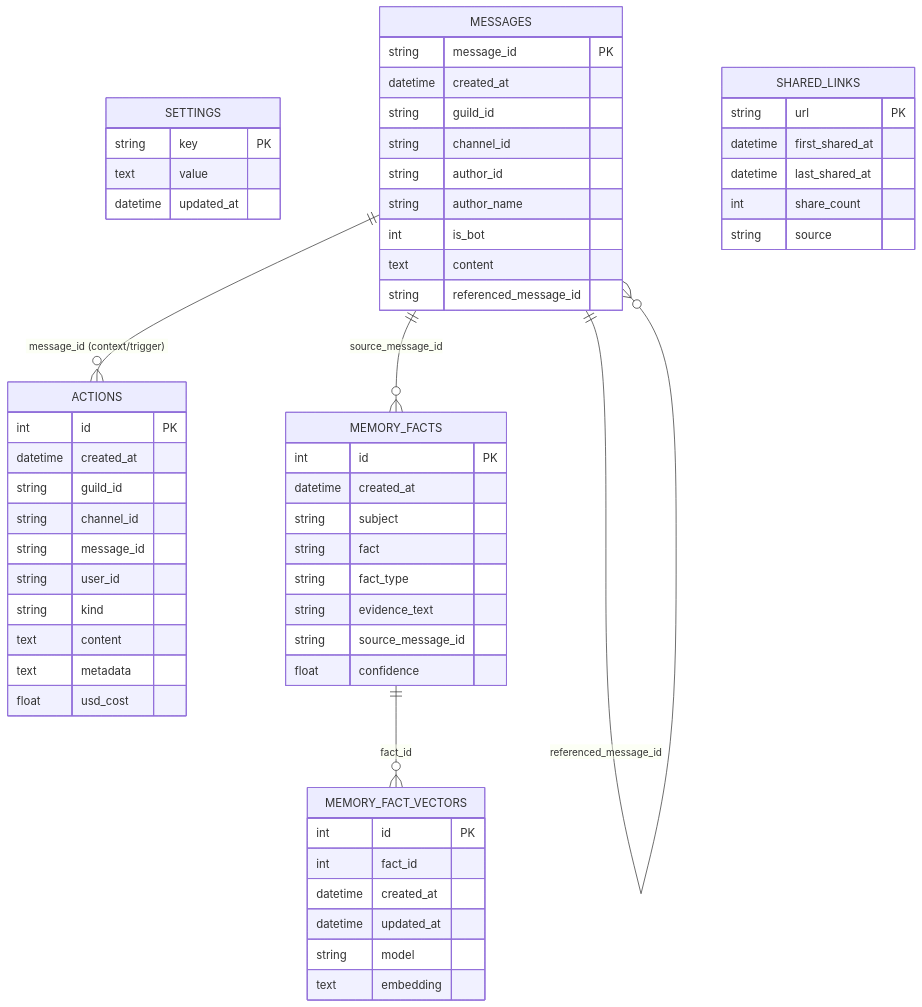
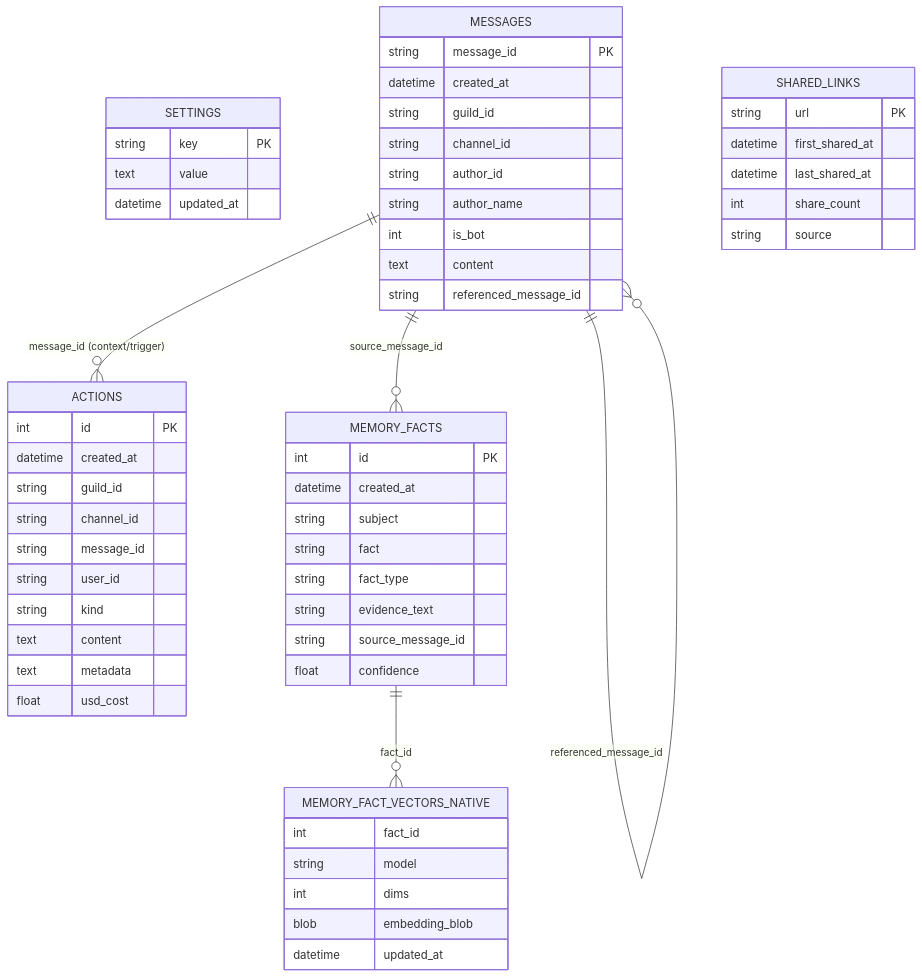
One commit to Volpestyle/clanker_conk changed the second of 5 diagrams in docs/technical-architecture.md. Above: the diagram before and after it, drawn with Mermaid. The commit also changed other lines of this file and 4 other files, not shown here.

````diff
--- a/docs/technical-architecture.md
+++ b/docs/technical-architecture.md
@@ -65,66 +65,65 @@
 ```mermaid
 erDiagram
     SETTINGS {
         string key PK
         text value
         datetime updated_at
     }
 
     MESSAGES {
         string message_id PK
         datetime created_at
         string guild_id
         string channel_id
         string author_id
         string author_name
         int is_bot
         text content
         string referenced_message_id
     }
 
     ACTIONS {
         int id PK
         datetime created_at
         string guild_id
         string channel_id
         string message_id
         string user_id
         string kind
         text content
         text metadata
         float usd_cost
     }
 
     MEMORY_FACTS {
         int id PK
         datetime created_at
         string subject
         string fact
         string fact_type
         string evidence_text
         string source_message_id
         float confidence
     }
 
-    MEMORY_FACT_VECTORS {
-        int id PK
+    MEMORY_FACT_VECTORS_NATIVE {
         int fact_id
-        datetime created_at
+        string model
+        int dims
+        blob embedding_blob
         datetime updated_at
-        string model
-        text embedding
     }
 
     SHARED_LINKS {
         string url PK
         datetime first_shared_at
         datetime last_shared_at
         int share_count
         string source
     }
 
     MESSAGES ||--o{ ACTIONS : "message_id (context/trigger)"
     MESSAGES ||--o{ MEMORY_FACTS : "source_message_id"
-    MEMORY_FACTS ||--o{ MEMORY_FACT_VECTORS : "fact_id"
+    MEMORY_FACTS ||--o{ MEMORY_FACT_VECTORS_NATIVE : "fact_id"
     MESSAGES ||--o{ MESSAGES : "referenced_message_id"
 ```
````
